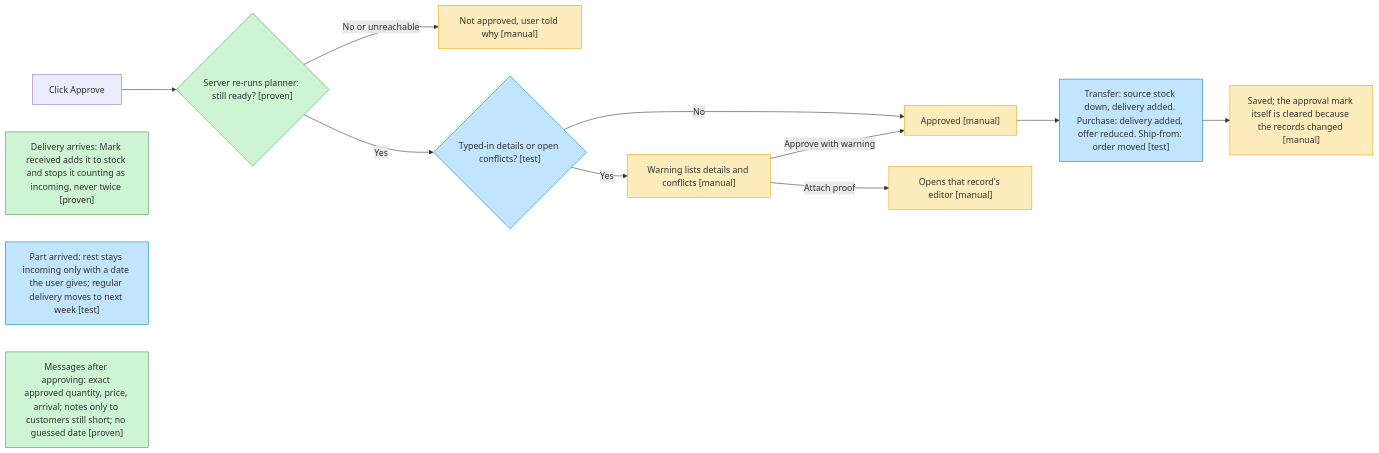
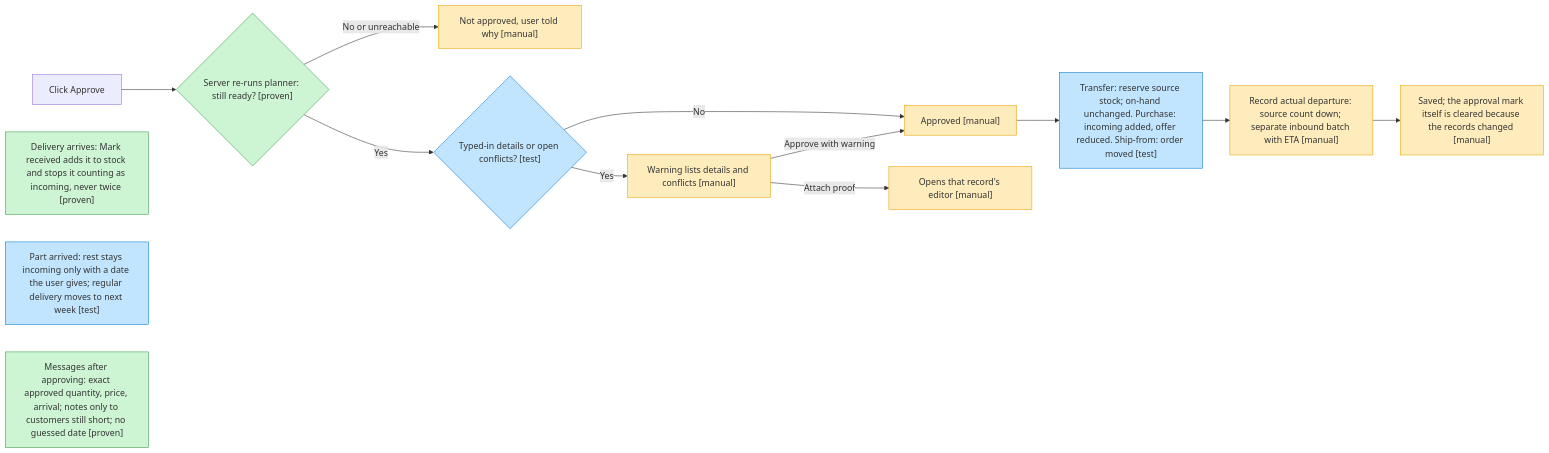
The eighth of 16 diagrams in docs/07-bug-map.md (gouravhanumante/rehearsal-ai-builder-cup), drawn with Mermaid before and after one commit. The commit also changed other lines of this file and 54 other files, not shown here.

First line of the commit message:
Stock movement ledger, transfer bookings, customer arrival timing

````diff
--- a/docs/07-bug-map.md
+++ b/docs/07-bug-map.md
@@ -16,22 +179,23 @@
 ```mermaid
 flowchart LR
   a["Click Approve"] --> s{"Server re-runs planner: still ready? [proven]"}
   s -->|"No or unreachable"| stop["Not approved, user told why [manual]"]
   s -->|"Yes"| c{"Typed-in details or open conflicts? [test]"}
   c -->|"No"| ok["Approved [manual]"]
   c -->|"Yes"| w["Warning lists details and conflicts [manual]"]
   w -->|"Approve with warning"| ok
   w -->|"Attach proof"| ed["Opens that record's editor [manual]"]
-  ok --> ap["Transfer: source stock down, delivery added. Purchase: delivery added, offer reduced. Ship-from: order moved [test]"]
-  ap --> keep["Saved; the approval mark itself is cleared because the records changed [manual]"]
+  ok --> ap["Transfer: reserve source stock; on-hand unchanged. Purchase: incoming added, offer reduced. Ship-from: order moved [test]"]
+  ap --> depart["Record actual departure: source count down; separate inbound batch with ETA [manual]"]
+  depart --> keep["Saved; the approval mark itself is cleared because the records changed [manual]"]
   rcv["Delivery arrives: Mark received adds it to stock and stops it counting as incoming, never twice [proven]"]
   part["Part arrived: rest stays incoming only with a date the user gives; regular delivery moves to next week [test]"]
   msg["Messages after approving: exact approved quantity, price, arrival; notes only to customers still short; no guessed date [proven]"]
   classDef proven fill:#CDF4D3,stroke:#3E9B4B
   classDef test fill:#C2E5FF,stroke:#007AD2
   classDef manual fill:#FFECBD,stroke:#E8A302
   classDef gap fill:#FFCDC2,stroke:#DC3009
   class s,rcv,msg proven
   class c,ap,part test
-  class stop,ok,w,ed,keep manual
+  class stop,ok,w,ed,keep,depart manual
 ```
````
